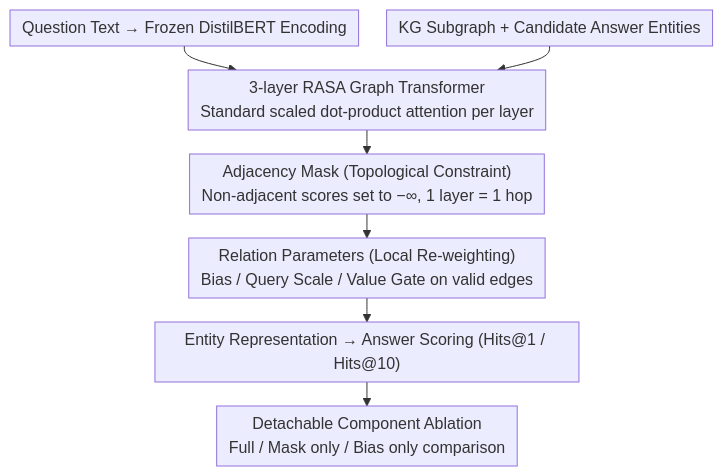
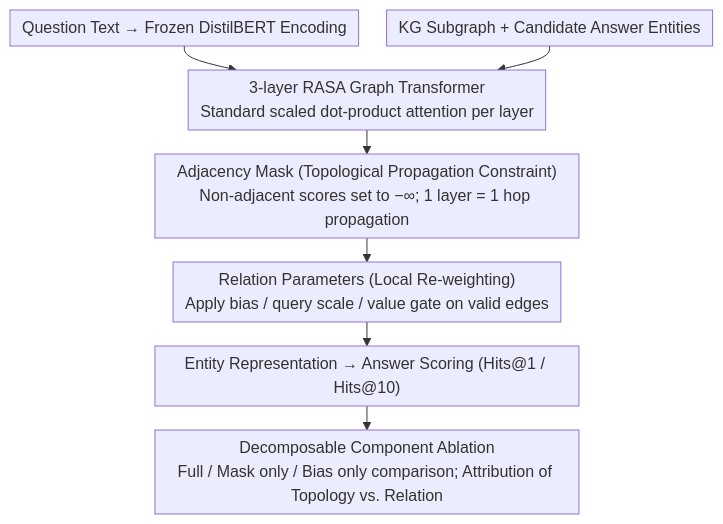
Before and after one commit to zhaoyang97/Paper-Notes-en: the diagram in docs/ICML2026/graph_learning/what_structural_inductive_bias_helps_transformers_reason_over_knowledge_graphs_a.md, drawn with Mermaid. The commit also changed other lines of this file and 5084 other files, not shown here.

````diff
--- a/docs/ICML2026/graph_learning/what_structural_inductive_bias_helps_transformers_reason_over_knowledge_graphs_a.md
+++ b/docs/ICML2026/graph_learning/what_structural_inductive_bias_helps_transformers_reason_over_knowledge_graphs_a.md
@@ -44,12 +44,12 @@
 ```mermaid
 %%{init: {'flowchart': {'rankSpacing': 24, 'nodeSpacing': 28, 'padding': 6, 'wrappingWidth': 400}}}%%
 flowchart TD
     Q["Question Text → Frozen DistilBERT Encoding"]
     G["KG Subgraph + Candidate Answer Entities"]
     Q --> T["3-layer RASA Graph Transformer<br/>Standard scaled dot-product attention per layer"]
     G --> T
-    T --> M["Adjacency Mask (Topological Constraint)<br/>Non-adjacent scores set to −∞, 1 layer = 1 hop"]
-    M --> R["Relation Parameters (Local Re-weighting)<br/>Bias / Query Scale / Value Gate on valid edges"]
+    T --> M["Adjacency Mask (Topological Propagation Constraint)<br/>Non-adjacent scores set to −∞; 1 layer = 1 hop propagation"]
+    M --> R["Relation Parameters (Local Re-weighting)<br/>Apply bias / query scale / value gate on valid edges"]
     R --> S["Entity Representation → Answer Scoring (Hits@1 / Hits@10)"]
-    S --> AB["Detachable Component Ablation<br/>Full / Mask only / Bias only comparison"]
+    S --> AB["Decomposable Component Ablation<br/>Full / Mask only / Bias only comparison; Attribution of Topology vs. Relation"]
 ```
````
